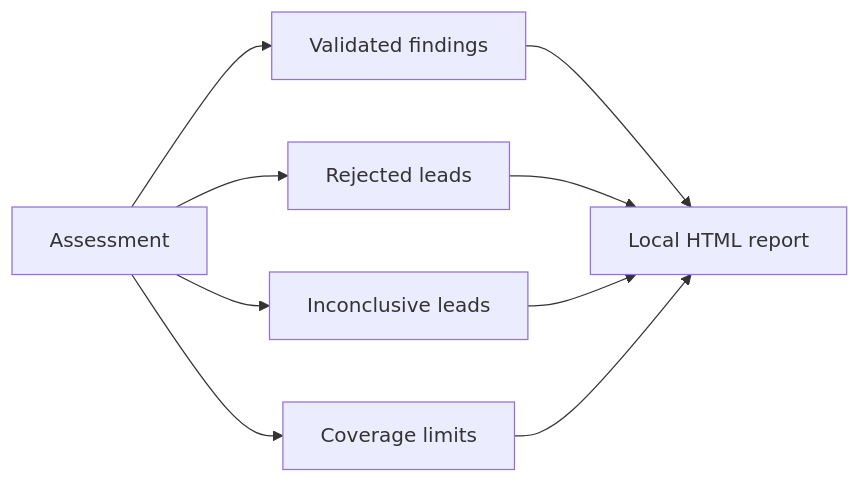
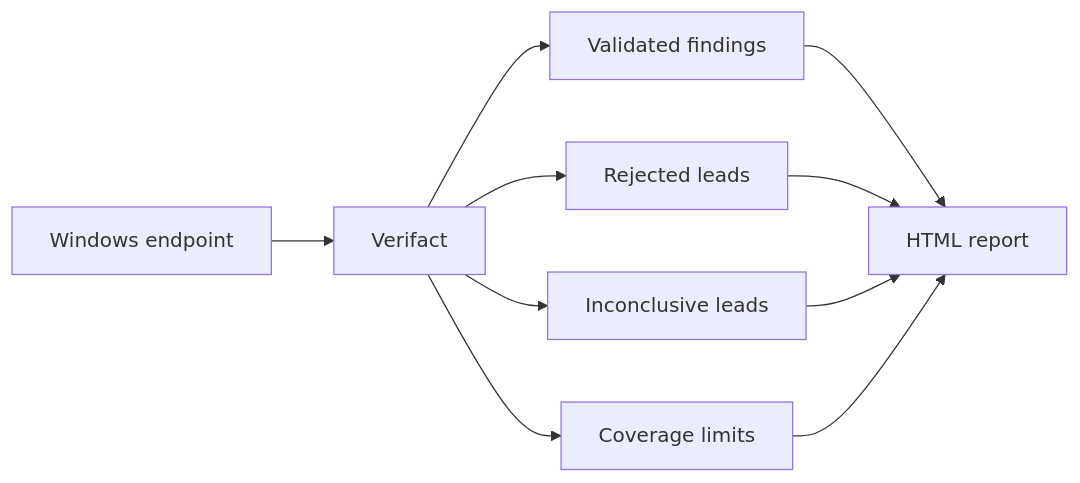
The second of 2 diagrams in README.md (Rayan-and-beyond/Verifact), drawn with Mermaid before and after one commit. The commit also changed other lines of this file, not shown here.

````diff
--- a/README.md
+++ b/README.md
@@ -92,12 +85,12 @@
 ```mermaid
 flowchart LR
-    A[Assessment] --> B[Validated findings]
-    A --> C[Rejected leads]
-    A --> D[Inconclusive leads]
-    A --> E[Coverage limits]
-
-    B --> F[Local HTML report]
-    C --> F
-    D --> F
-    E --> F
+    A[Windows endpoint] --> B[Verifact]
+    B --> C[Validated findings]
+    B --> D[Rejected leads]
+    B --> E[Inconclusive leads]
+    B --> F[Coverage limits]
+    C --> G[HTML report]
+    D --> G
+    E --> G
+    F --> G
 ```
````
